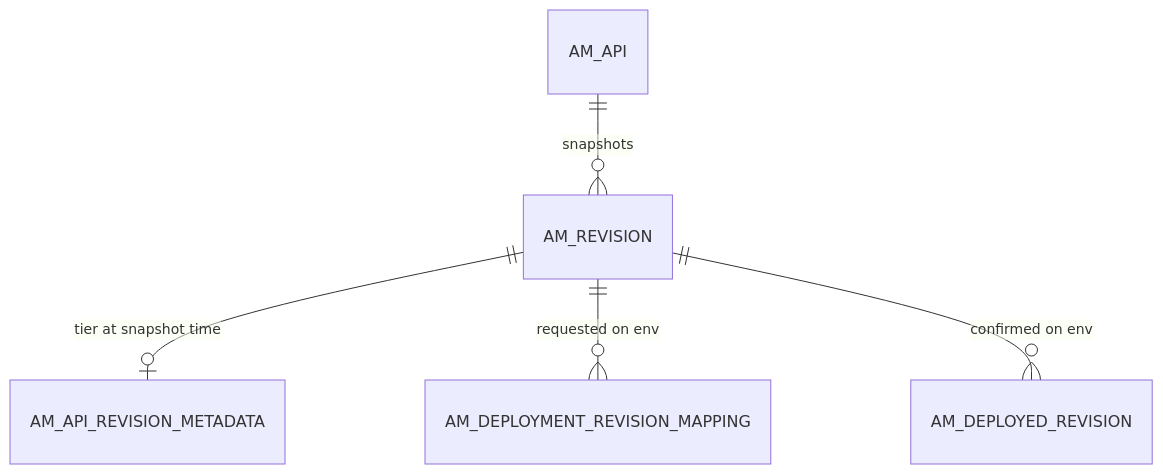
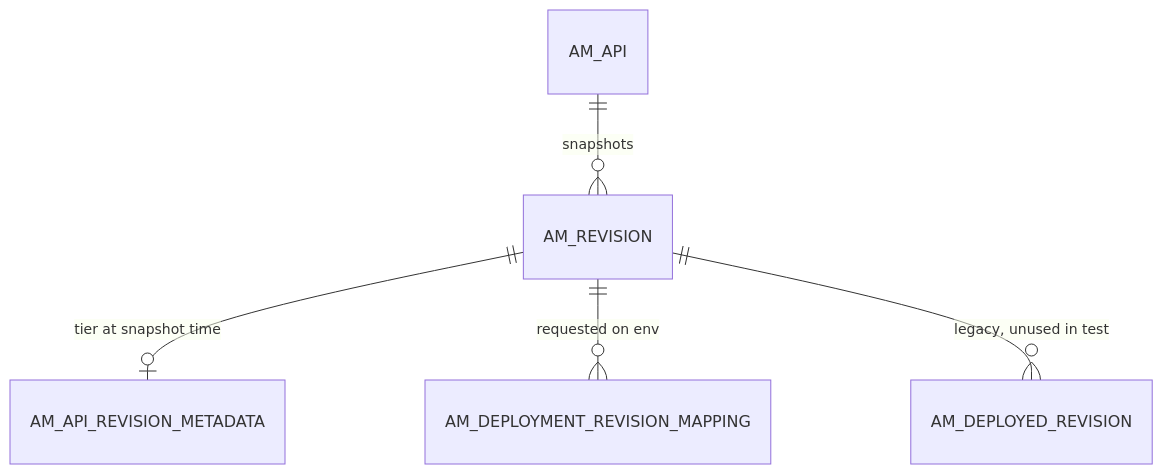
The first of 3 diagrams in docs/apim-4/domains/revisions-deployment.md (SaviNimz/apim-db-docs), drawn with Mermaid before and after one commit. The commit also changed other lines of this file and 55 other files, not shown here.

First line of the commit message:
Verify all core flows against running 3.2.0 and 4.7.0 servers

````diff
--- a/docs/apim-4/domains/revisions-deployment.md
+++ b/docs/apim-4/domains/revisions-deployment.md
@@ -22,7 +30,7 @@
 ```mermaid
 erDiagram
     AM_API ||--o{ AM_REVISION : "snapshots"
     AM_REVISION ||--o| AM_API_REVISION_METADATA : "tier at snapshot time"
     AM_REVISION ||--o{ AM_DEPLOYMENT_REVISION_MAPPING : "requested on env"
-    AM_REVISION ||--o{ AM_DEPLOYED_REVISION : "confirmed on env"
+    AM_REVISION ||--o{ AM_DEPLOYED_REVISION : "legacy, unused in test"
 ```
````
